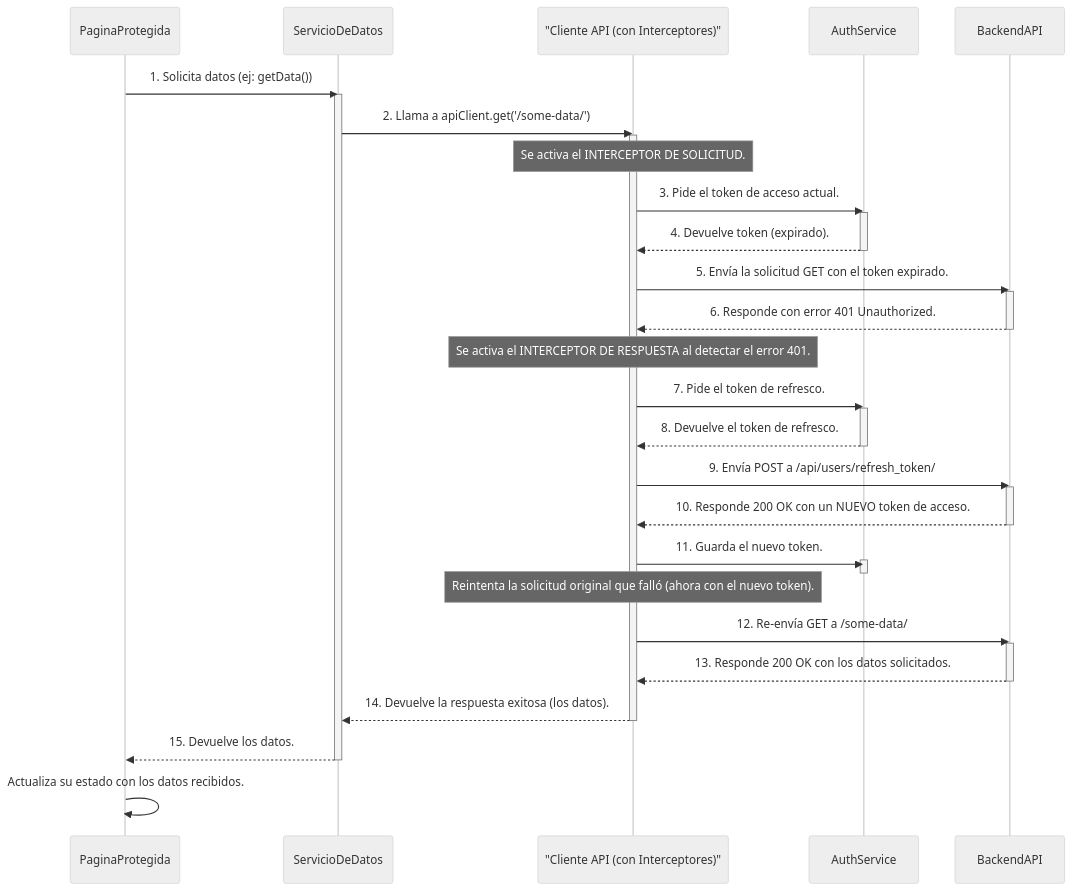
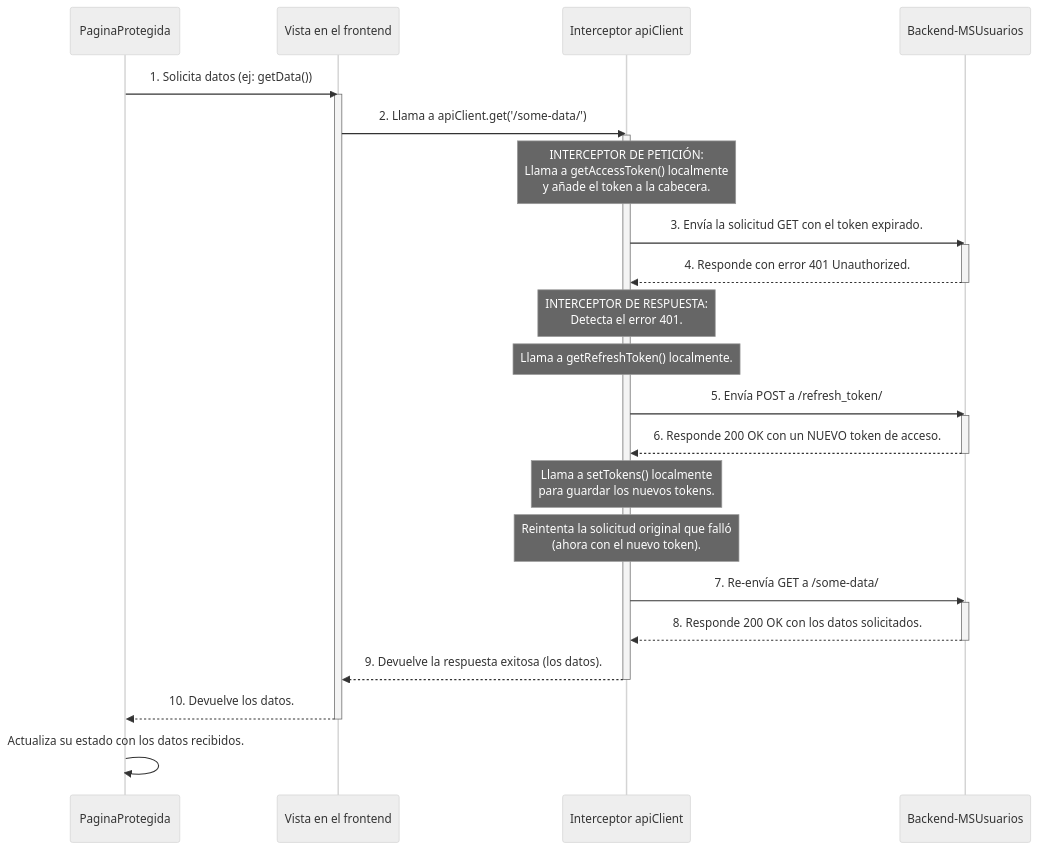
The diagram in graficos/Obsidian Vault/Frontend/Flujo Datos Interceptor apiClient.md (ivanPeceto/Sistema-ERP-Como-en-Casa), drawn with Mermaid (neutral theme) before and after one commit. The commit also changed other lines of this file and 11 other files, not shown here.

````diff
--- a/graficos/Obsidian Vault/Frontend/Flujo Datos Interceptor apiClient.md
+++ b/graficos/Obsidian Vault/Frontend/Flujo Datos Interceptor apiClient.md
@@ -1,54 +2,44 @@
 ```mermaid
 sequenceDiagram
     participant PaginaProtegida
-    participant ServicioDeDatos
-    participant apiClient as "Cliente API (con Interceptores)"
-    participant authService as AuthService
-    participant Backend as BackendAPI
+    participant ServicioDeDatos as Vista en el frontend
+    participant apiClient as Interceptor apiClient
+    participant Backend as Backend-MSUsuarios
 
     PaginaProtegida->>ServicioDeDatos: 1. Solicita datos (ej: getData())
     activate ServicioDeDatos
 
     ServicioDeDatos->>apiClient: 2. Llama a apiClient.get('/some-data/')
     activate apiClient
 
-    Note over apiClient: Se activa el INTERCEPTOR DE SOLICITUD.
-    apiClient->>authService: 3. Pide el token de acceso actual.
-    activate authService
-    authService-->>apiClient: 4. Devuelve token (expirado).
-    deactivate authService
+    Note over apiClient: INTERCEPTOR DE PETICIÓN:<br/>Llama a getAccessToken() localmente<br/>y añade el token a la cabecera.
     
-    apiClient->>Backend: 5. Envía la solicitud GET con el token expirado.
+    apiClient->>Backend: 3. Envía la solicitud GET con el token expirado.
     activate Backend
-    Backend-->>apiClient: 6. Responde con error 401 Unauthorized.
+    Backend-->>apiClient: 4. Responde con error 401 Unauthorized.
     deactivate Backend
 
-    Note over apiClient: Se activa el INTERCEPTOR DE RESPUESTA al detectar el error 401.
-    apiClient->>authService: 7. Pide el token de refresco.
-    activate authService
-    authService-->>apiClient: 8. Devuelve el token de refresco.
-    deactivate authService
+    Note over apiClient: INTERCEPTOR DE RESPUESTA:<br/>Detecta el error 401.
+    Note over apiClient: Llama a getRefreshToken() localmente.
 
-    apiClient->>Backend: 9. Envía POST a /api/users/refresh_token/
+    apiClient->>Backend: 5. Envía POST a /refresh_token/
     activate Backend
-    Backend-->>apiClient: 10. Responde 200 OK con un NUEVO token de acceso.
+    Backend-->>apiClient: 6. Responde 200 OK con un NUEVO token de acceso.
     deactivate Backend
     
-    apiClient->>authService: 11. Guarda el nuevo token.
-    activate authService
-    deactivate authService
+    Note over apiClient: Llama a setTokens() localmente<br/>para guardar los nuevos tokens.
     
-    Note over apiClient: Reintenta la solicitud original que falló (ahora con el nuevo token).
-    apiClient->>Backend: 12. Re-envía GET a /some-data/
+    Note over apiClient: Reintenta la solicitud original que falló<br/>(ahora con el nuevo token).
+    apiClient->>Backend: 7. Re-envía GET a /some-data/
     activate Backend
-    Backend-->>apiClient: 13. Responde 200 OK con los datos solicitados.
+    Backend-->>apiClient: 8. Responde 200 OK con los datos solicitados.
     deactivate Backend
     
-    apiClient-->>ServicioDeDatos: 14. Devuelve la respuesta exitosa (los datos).
+    apiClient-->>ServicioDeDatos: 9. Devuelve la respuesta exitosa (los datos).
     deactivate apiClient
     
-    ServicioDeDatos-->>PaginaProtegida: 15. Devuelve los datos.
+    ServicioDeDatos-->>PaginaProtegida: 10. Devuelve los datos.
     deactivate ServicioDeDatos
     
     PaginaProtegida->>PaginaProtegida: Actualiza su estado con los datos recibidos.
 ```
````
